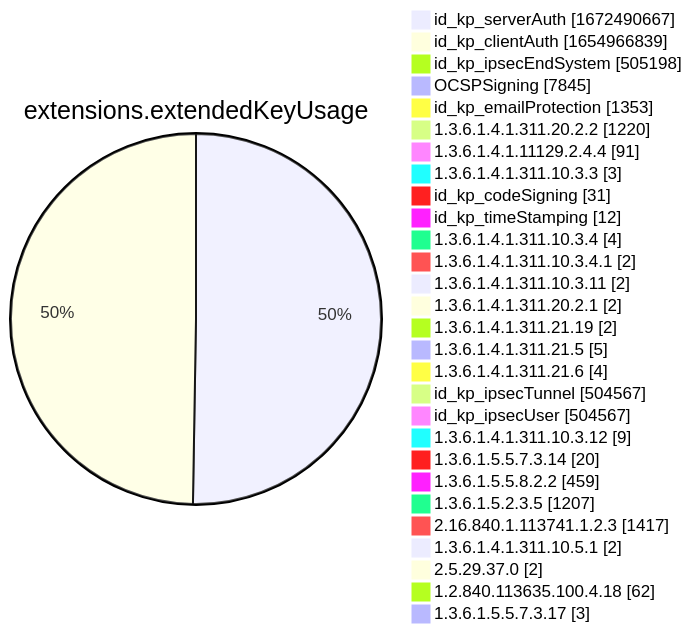
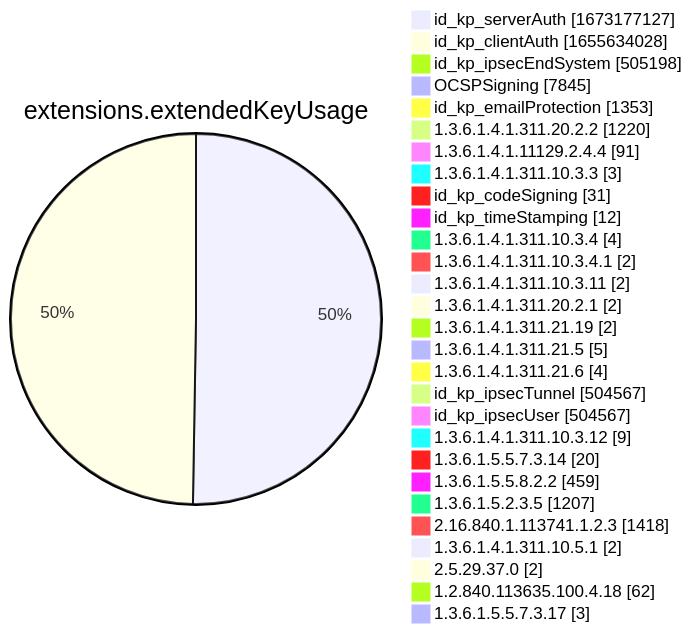
Diagram 12 of 15 in xenon2022/README.md (christiankrug/ctmonitor_visualization), drawn with Mermaid before and after one commit. The commit also changed other lines of this file, not shown here.

````diff
--- a/xenon2022/README.md
+++ b/xenon2022/README.md
@@ -3888,32 +3888,32 @@
 ```mermaid
 pie showData
 title extensions.extendedKeyUsage
-"id_kp_serverAuth" :1672490667
-"id_kp_clientAuth" :1654966839
+"id_kp_serverAuth" :1673177127
+"id_kp_clientAuth" :1655634028
 "id_kp_ipsecEndSystem" :505198
 "OCSPSigning" :7845
 "id_kp_emailProtection" :1353
 "1.3.6.1.4.1.311.20.2.2" :1220
 "1.3.6.1.4.1.11129.2.4.4" :91
 "1.3.6.1.4.1.311.10.3.3" :3
 "id_kp_codeSigning" :31
 "id_kp_timeStamping" :12
 "1.3.6.1.4.1.311.10.3.4" :4
 "1.3.6.1.4.1.311.10.3.4.1" :2
 "1.3.6.1.4.1.311.10.3.11" :2
 "1.3.6.1.4.1.311.20.2.1" :2
 "1.3.6.1.4.1.311.21.19" :2
 "1.3.6.1.4.1.311.21.5" :5
 "1.3.6.1.4.1.311.21.6" :4
 "id_kp_ipsecTunnel" :504567
 "id_kp_ipsecUser" :504567
 "1.3.6.1.4.1.311.10.3.12" :9
 "1.3.6.1.5.5.7.3.14" :20
 "1.3.6.1.5.5.8.2.2" :459
 "1.3.6.1.5.2.3.5" :1207
-"2.16.840.1.113741.1.2.3" :1417
+"2.16.840.1.113741.1.2.3" :1418
 "1.3.6.1.4.1.311.10.5.1" :2
 "2.5.29.37.0" :2
 "1.2.840.113635.100.4.18" :62
 "1.3.6.1.5.5.7.3.17" :3
 ```
````
